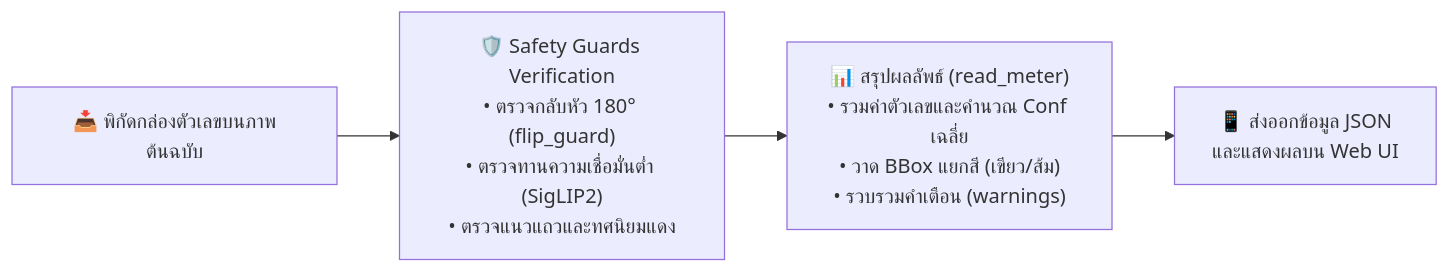
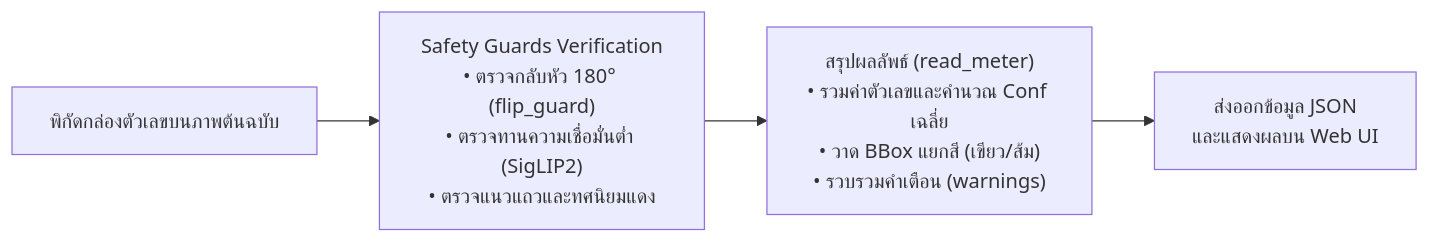
Before and after one commit to jirathxz/meter-reader: the sixth of 17 diagrams in TUTORIAL.md, drawn with Mermaid. The commit also changed other lines of this file and 1 other file, not shown here.

Commit message:
style(docs): remove all emojis across documentation and mermaid diagrams

````diff
--- a/TUTORIAL.md
+++ b/TUTORIAL.md
@@ -480,6 +480,6 @@
 ```mermaid
 flowchart LR
-  J1["📥 พิกัดกล่องตัวเลขบนภาพต้นฉบับ"] --> J["🛡️ Safety Guards Verification<br/>• ตรวจกลับหัว 180° (flip_guard)<br/>• ตรวจทานความเชื่อมั่นต่ำ (SigLIP2)<br/>• ตรวจแนวแถวและทศนิยมแดง"]
-  J --> K["📊 สรุปผลลัพธ์ (read_meter)<br/>• รวมค่าตัวเลขและคำนวณ Conf เฉลี่ย<br/>• วาด BBox แยกสี (เขียว/ส้ม)<br/>• รวบรวมคำเตือน (warnings)"]
-  K --> L["📱 ส่งออกข้อมูล JSON<br/>และแสดงผลบน Web UI"]
+  J1["พิกัดกล่องตัวเลขบนภาพต้นฉบับ"] --> J["Safety Guards Verification<br/>• ตรวจกลับหัว 180° (flip_guard)<br/>• ตรวจทานความเชื่อมั่นต่ำ (SigLIP2)<br/>• ตรวจแนวแถวและทศนิยมแดง"]
+  J --> K["สรุปผลลัพธ์ (read_meter)<br/>• รวมค่าตัวเลขและคำนวณ Conf เฉลี่ย<br/>• วาด BBox แยกสี (เขียว/ส้ม)<br/>• รวบรวมคำเตือน (warnings)"]
+  K --> L["ส่งออกข้อมูล JSON<br/>และแสดงผลบน Web UI"]
 ```
````
